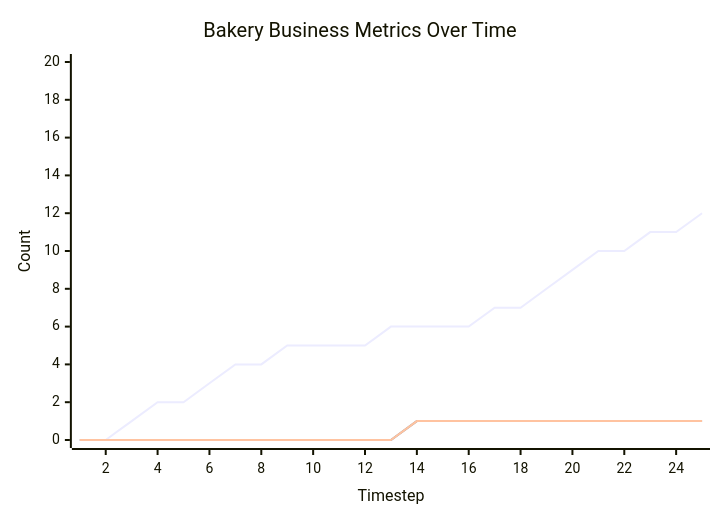
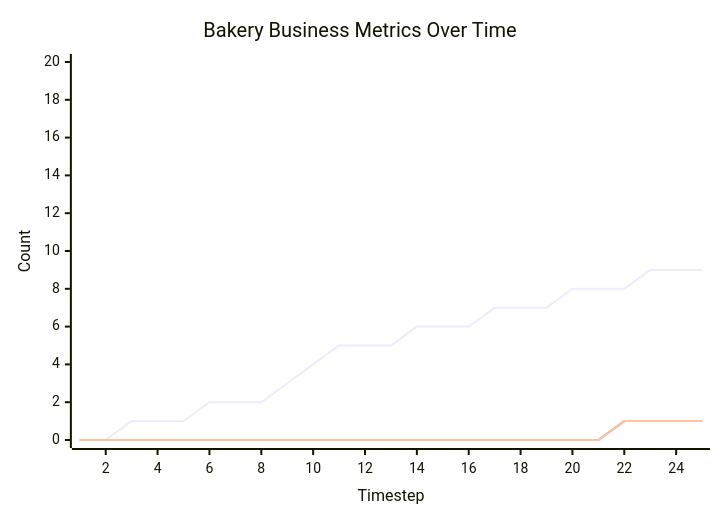
One commit to rfielding/ctl changed the third of 3 diagrams in z3/run.md. Above: the diagram before and after it, drawn with Mermaid. The commit also changed other lines of this file and 6 other files, not shown here.

````diff
--- a/z3/run.md
+++ b/z3/run.md
@@ -439,9 +482,9 @@
 ```mermaid
 xychart-beta
     title "Bakery Business Metrics Over Time"
     x-axis "Timestep" 1 --> 25
     y-axis "Count" 0 --> 20
-    line "Breads Baked" [0,0,1,2,2,3,4,4,5,5,5,5,6,6,6,6,7,7,8,9,10,10,11,11,12]
-    line "Items Sold" [0,0,0,0,0,0,0,0,0,0,0,0,0,1,1,1,1,1,1,1,1,1,1,1,1]
-    line "Revenue ($10s)" [0,0,0,0,0,0,0,0,0,0,0,0,0,1,1,1,1,1,1,1,1,1,1,1,1]
+    line "Breads Baked" [0,0,1,1,1,2,2,2,3,4,5,5,5,6,6,6,7,7,7,8,8,8,9,9,9]
+    line "Items Sold" [0,0,0,0,0,0,0,0,0,0,0,0,0,0,0,0,0,0,0,0,0,1,1,1,1]
+    line "Revenue ($10s)" [0,0,0,0,0,0,0,0,0,0,0,0,0,0,0,0,0,0,0,0,0,1,1,1,1]
 ```
````
